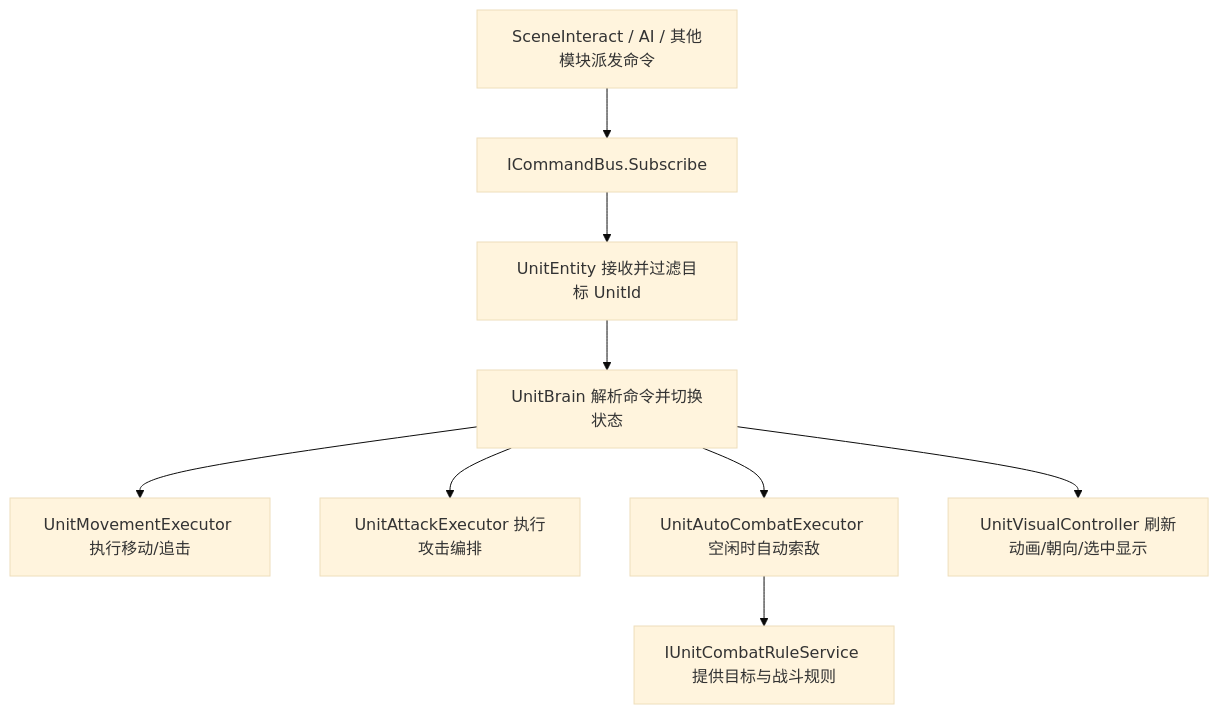
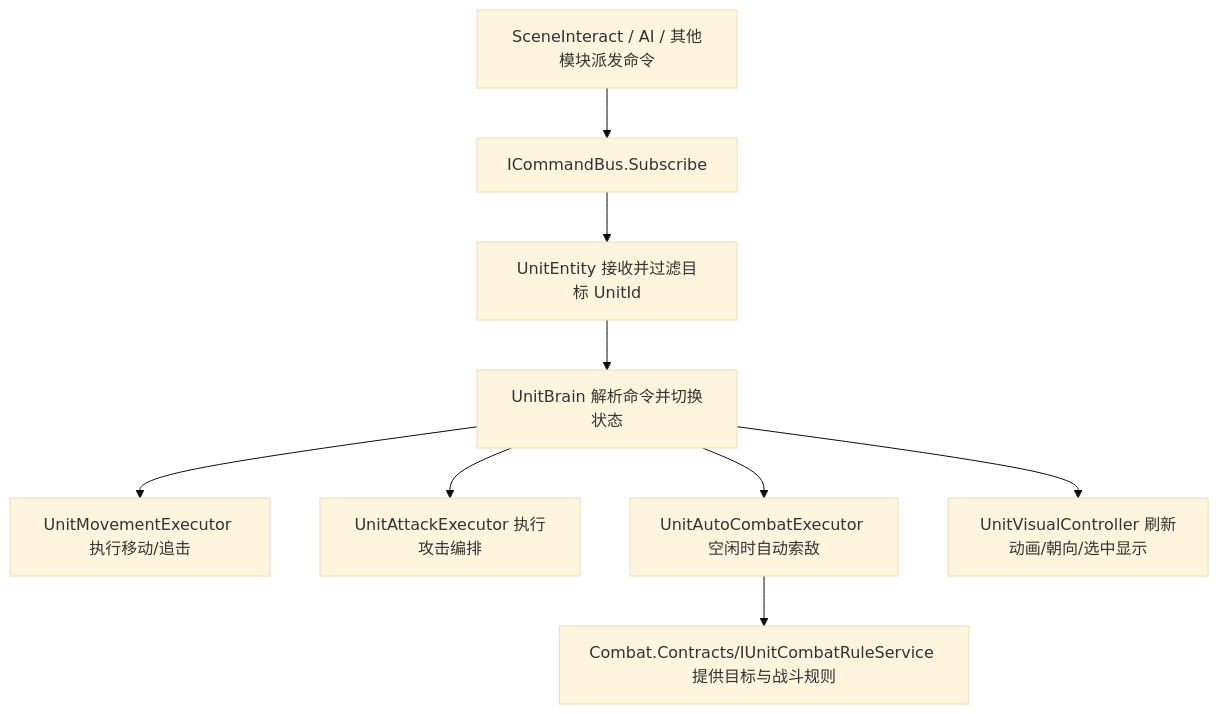
One commit to PatrickTwo/GameDesign4.0 changed the diagram in Assets/Scripts/Unit/README.md. Above: the diagram before and after it, drawn with Mermaid (base theme). The commit also changed other lines of this file and 39 other files, not shown here.

````diff
--- a/Assets/Scripts/Unit/README.md
+++ b/Assets/Scripts/Unit/README.md
@@ -33,11 +33,11 @@
 ```mermaid
 flowchart TD
     A["SceneInteract / AI / 其他模块派发命令"] --> B["ICommandBus.Subscribe<TCommand>"]
     B --> C["UnitEntity 接收并过滤目标 UnitId"]
     C --> D["UnitBrain 解析命令并切换状态"]
     D --> E["UnitMovementExecutor 执行移动/追击"]
     D --> F["UnitAttackExecutor 执行攻击编排"]
     D --> G["UnitAutoCombatExecutor 空闲时自动索敌"]
-    G --> H["IUnitCombatRuleService 提供目标与战斗规则"]
+    G --> H["Combat.Contracts/IUnitCombatRuleService 提供目标与战斗规则"]
     D --> I["UnitVisualController 刷新动画/朝向/选中显示"]
 ```
````
